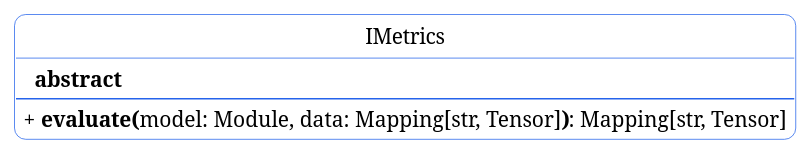
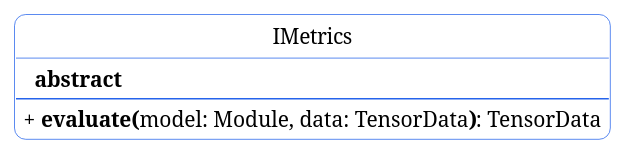
One commit to luralves/bernet changed the diagram in docs/contracts/metrics.puml. Above: the diagram before and after it, drawn with PlantUML. The commit also changed 7 other files, not shown here.

```diff
--- a/docs/contracts/metrics.puml
+++ b/docs/contracts/metrics.puml
@@ -1,28 +1,28 @@
 @startuml metrics
 ' === Clean modern look ===
 skinparam backgroundColor #FFFFFF
 skinparam classBackgroundColor #FFFFFF
 skinparam classBorderColor #2563EB
 skinparam roundCorner 15
 skinparam shadowing false
 
 ' Hide empty members
 hide empty members
 
 ' Hide circle
 hide circle
 
 ' Remove circles
 skinparam CircledCharacterRadius 10
 
 ' Remove markers from parameters and methods
 skinparam classAttributeIconSize 0
 
 ' ===== Diagram content =====
 class IMetrics {
     **  abstract**
     --
-    + ** evaluate(**model: Module, data: Mapping[str, Tensor]**)**: Mapping[str, Tensor]
+    + ** evaluate(**model: Module, data: TensorData**)**: TensorData
 }
 
 @enduml
```
